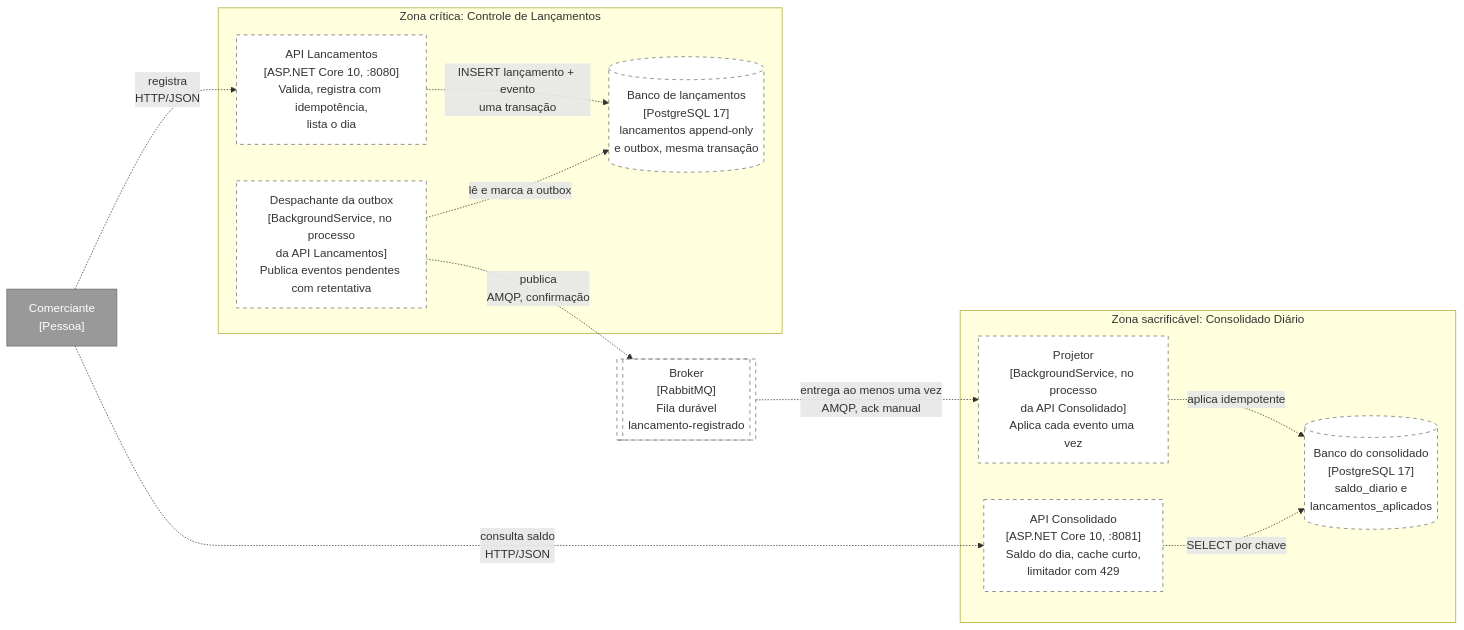
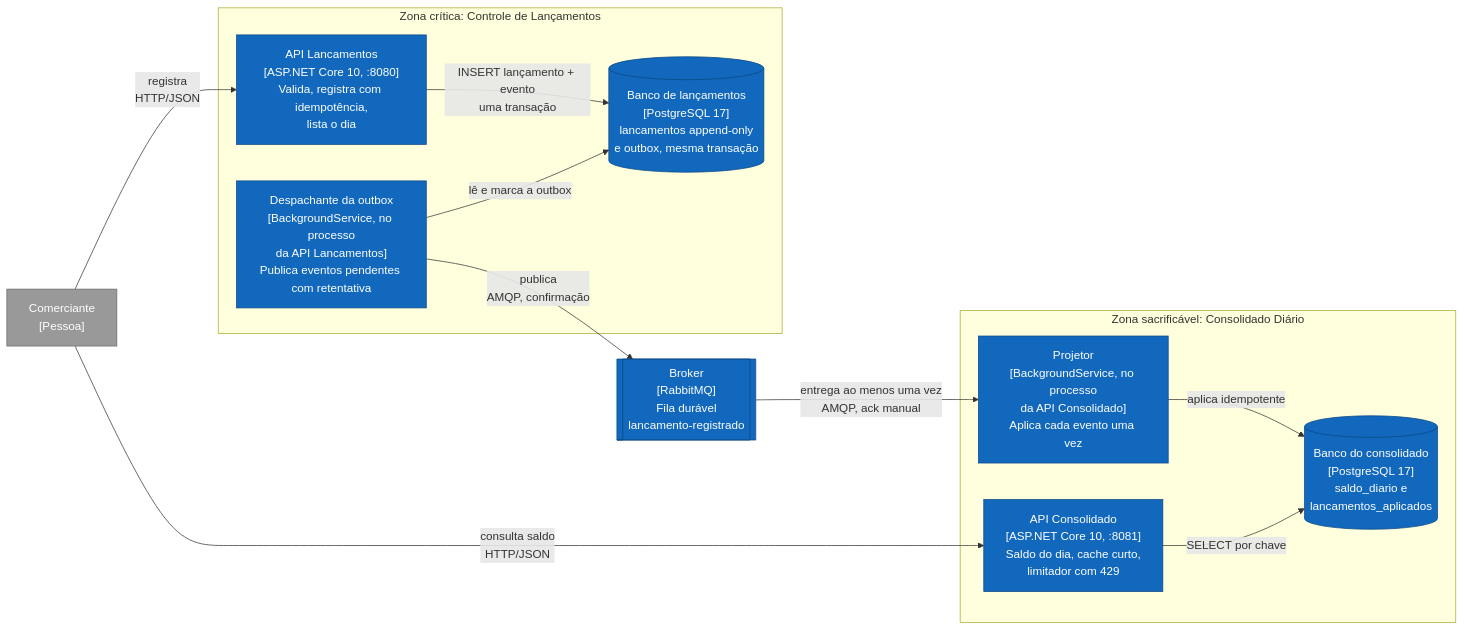
Before and after one commit to eduardojnet/caixaDiario: the diagram in docs/diagrams/c2-conteineres.md, drawn with Mermaid. The commit also changed other lines of this file and 6 other files, not shown here.

Commit message:
docs: estado do Bloco 4 e diagramas marcados como implementados

````diff
--- a/docs/diagrams/c2-conteineres.md
+++ b/docs/diagrams/c2-conteineres.md
@@ -5,31 +5,31 @@
 ```mermaid
 flowchart LR
     comerciante["Comerciante<br/>[Pessoa]"]:::externo
 
     subgraph critico["Zona crítica: Controle de Lançamentos"]
-        lapi["API Lancamentos<br/>[ASP.NET Core 10, :8080]<br/>Valida, registra com idempotência,<br/>lista o dia"]:::espec
-        desp["Despachante da outbox<br/>[BackgroundService, no processo<br/>da API Lancamentos]<br/>Publica eventos pendentes com retentativa"]:::espec
-        ldb[("Banco de lançamentos<br/>[PostgreSQL 17]<br/>lancamentos append-only<br/>e outbox, mesma transação")]:::espec
+        lapi["API Lancamentos<br/>[ASP.NET Core 10, :8080]<br/>Valida, registra com idempotência,<br/>lista o dia"]:::impl
+        desp["Despachante da outbox<br/>[BackgroundService, no processo<br/>da API Lancamentos]<br/>Publica eventos pendentes com retentativa"]:::impl
+        ldb[("Banco de lançamentos<br/>[PostgreSQL 17]<br/>lancamentos append-only<br/>e outbox, mesma transação")]:::impl
     end
 
-    broker[["Broker<br/>[RabbitMQ]<br/>Fila durável<br/>lancamento-registrado"]]:::espec
+    broker[["Broker<br/>[RabbitMQ]<br/>Fila durável<br/>lancamento-registrado"]]:::impl
 
     subgraph sacrificavel["Zona sacrificável: Consolidado Diário"]
-        proj["Projetor<br/>[BackgroundService, no processo<br/>da API Consolidado]<br/>Aplica cada evento uma vez"]:::espec
-        capi["API Consolidado<br/>[ASP.NET Core 10, :8081]<br/>Saldo do dia, cache curto,<br/>limitador com 429"]:::espec
-        cdb[("Banco do consolidado<br/>[PostgreSQL 17]<br/>saldo_diario e<br/>lancamentos_aplicados")]:::espec
+        proj["Projetor<br/>[BackgroundService, no processo<br/>da API Consolidado]<br/>Aplica cada evento uma vez"]:::impl
+        capi["API Consolidado<br/>[ASP.NET Core 10, :8081]<br/>Saldo do dia, cache curto,<br/>limitador com 429"]:::impl
+        cdb[("Banco do consolidado<br/>[PostgreSQL 17]<br/>saldo_diario e<br/>lancamentos_aplicados")]:::impl
     end
 
-    comerciante -.->|"registra<br/>HTTP/JSON"| lapi
-    comerciante -.->|"consulta saldo<br/>HTTP/JSON"| capi
-    lapi -.->|"INSERT lançamento + evento<br/>uma transação"| ldb
-    desp -.->|"lê e marca a outbox"| ldb
-    desp -.->|"publica<br/>AMQP, confirmação"| broker
-    broker -.->|"entrega ao menos uma vez<br/>AMQP, ack manual"| proj
-    proj -.->|"aplica idempotente"| cdb
-    capi -.->|"SELECT por chave"| cdb
+    comerciante -->|"registra<br/>HTTP/JSON"| lapi
+    comerciante -->|"consulta saldo<br/>HTTP/JSON"| capi
+    lapi -->|"INSERT lançamento + evento<br/>uma transação"| ldb
+    desp -->|"lê e marca a outbox"| ldb
+    desp -->|"publica<br/>AMQP, confirmação"| broker
+    broker -->|"entrega ao menos uma vez<br/>AMQP, ack manual"| proj
+    proj -->|"aplica idempotente"| cdb
+    capi -->|"SELECT por chave"| cdb
 
     classDef externo fill:#999999,stroke:#6b6b6b,color:#fff
     classDef impl fill:#1168bd,stroke:#0b4884,color:#fff
     classDef espec fill:#ffffff,stroke:#6b6b6b,color:#333,stroke-dasharray:5 5
 ```
````
